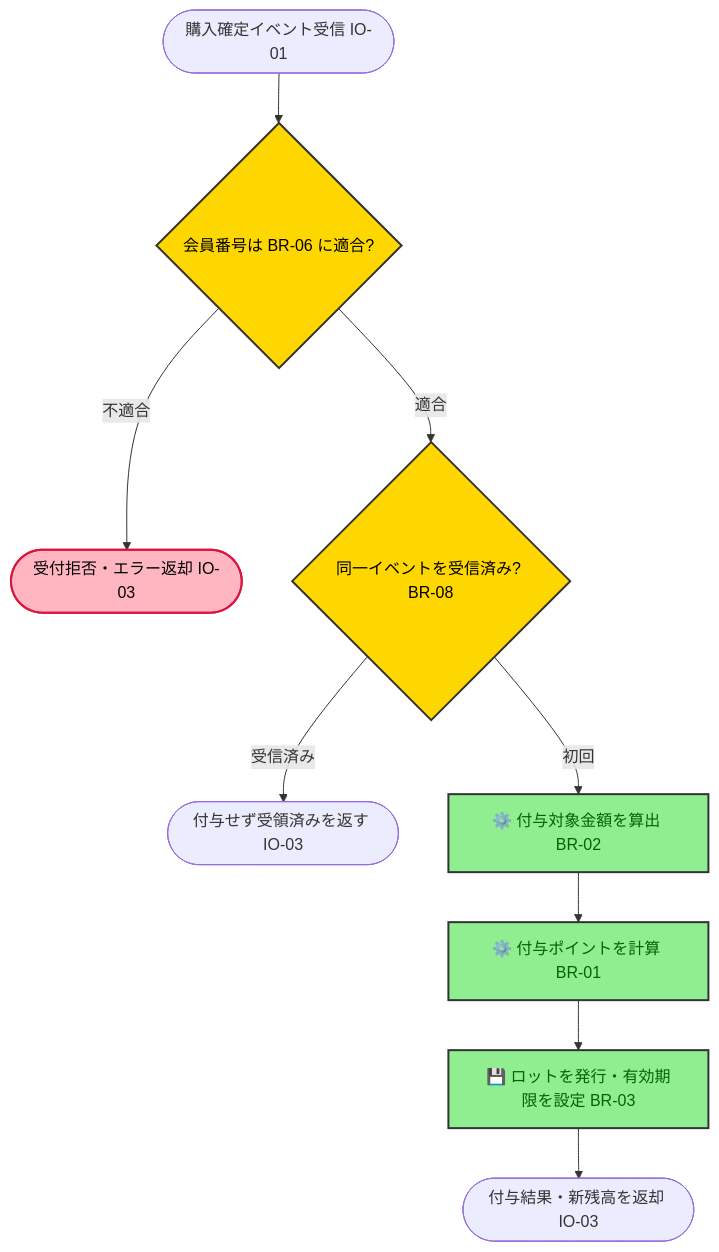
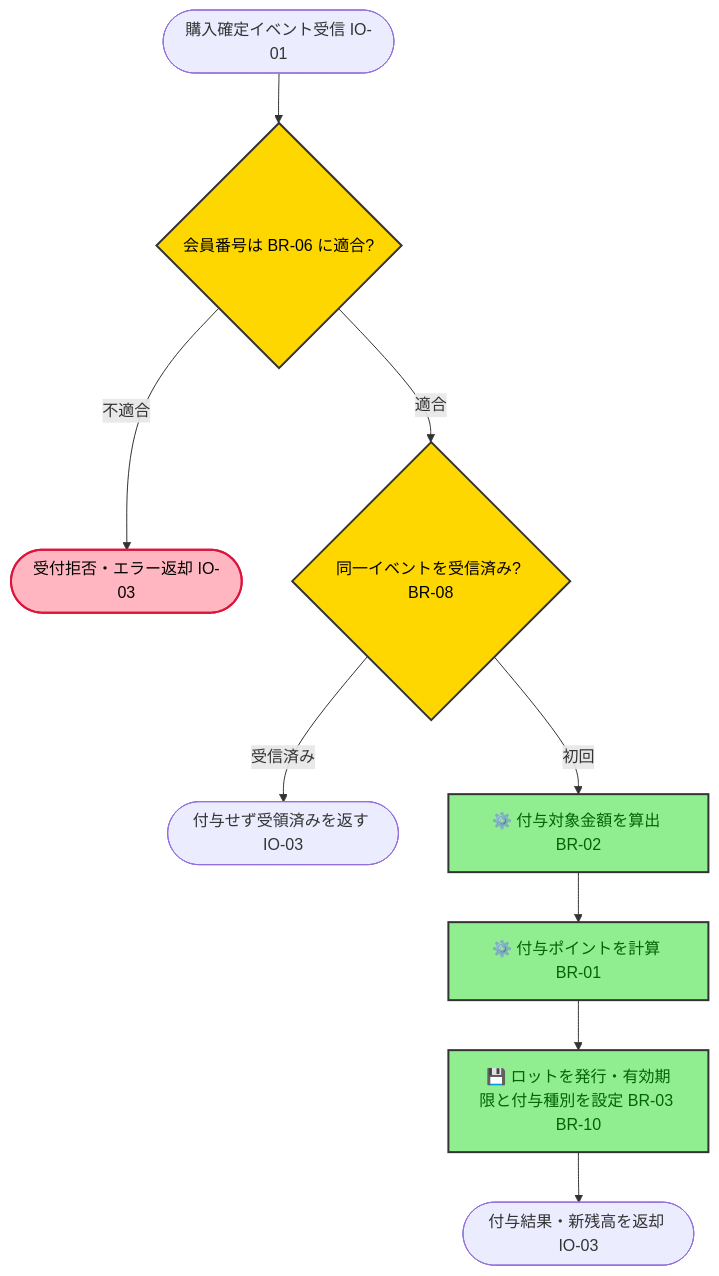
Before and after one commit to kasiopeiya/claude-dev-template: the fifth of 9 diagrams in .claude/skills/elicit-requirements/sample-requirements.md, drawn with Mermaid. The commit also changed other lines of this file and 1 other file, not shown here.

````diff
--- a/.claude/skills/elicit-requirements/sample-requirements.md
+++ b/.claude/skills/elicit-requirements/sample-requirements.md
@@ -347,18 +348,18 @@
 ```mermaid
 flowchart TD
     start([購入確定イベント受信 IO-01]) --> valid{会員番号は BR-06 に適合?}
     valid -->|不適合| reject([受付拒否・エラー返却 IO-03])
     valid -->|適合| dup{同一イベントを受信済み? BR-08}
     dup -->|受信済み| ack([付与せず受領済みを返す IO-03])
     dup -->|初回| target[⚙️ 付与対象金額を算出 BR-02]
     target --> calc[⚙️ 付与ポイントを計算 BR-01]
-    calc --> lot[💾 ロットを発行・有効期限を設定 BR-03]
+    calc --> lot[💾 ロットを発行・有効期限と付与種別を設定 BR-03 BR-10]
     lot --> resp([付与結果・新残高を返却 IO-03])
 
     classDef step fill:#90EE90,stroke:#333,stroke-width:2px,color:darkgreen
     classDef decision fill:#FFD700,stroke:#333,stroke-width:2px,color:black
     classDef error fill:#FFB6C1,stroke:#DC143C,stroke-width:2px,color:black
     class target,calc,lot step
     class valid,dup decision
     class reject error
 ```
````
